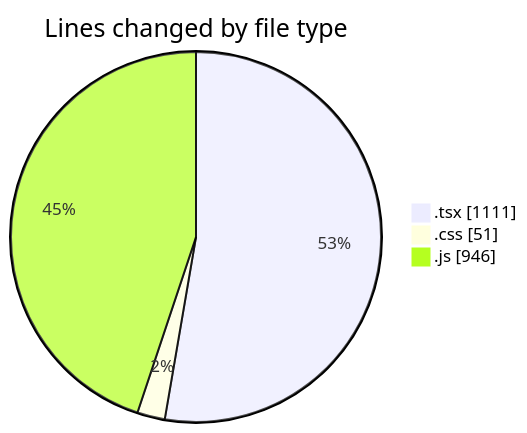
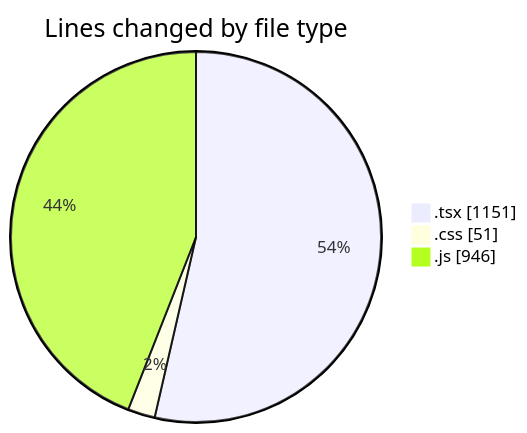
The first of 2 diagrams in 2025-04-22/indesign/README.md (Elitesun/code-tracking), drawn with Mermaid before and after one commit. The commit also changed other lines of this file and 1 other file, not shown here.

````diff
--- a/2025-04-22/indesign/README.md
+++ b/2025-04-22/indesign/README.md
@@ -29,7 +30,7 @@
 ```mermaid
 pie showData
 title Lines changed by file type
-".tsx" : 1111
+".tsx" : 1151
 ".css" : 51
 ".js" : 946
 ```
````
